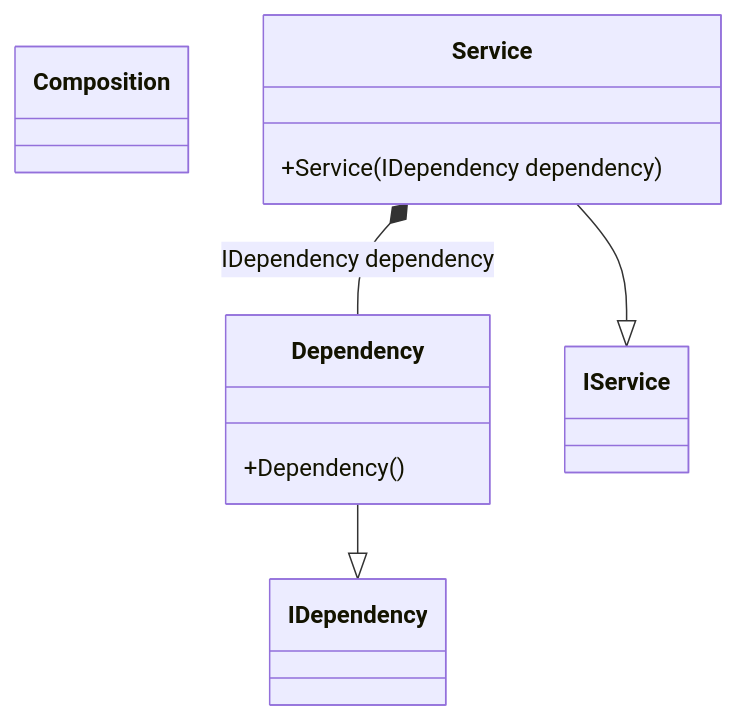
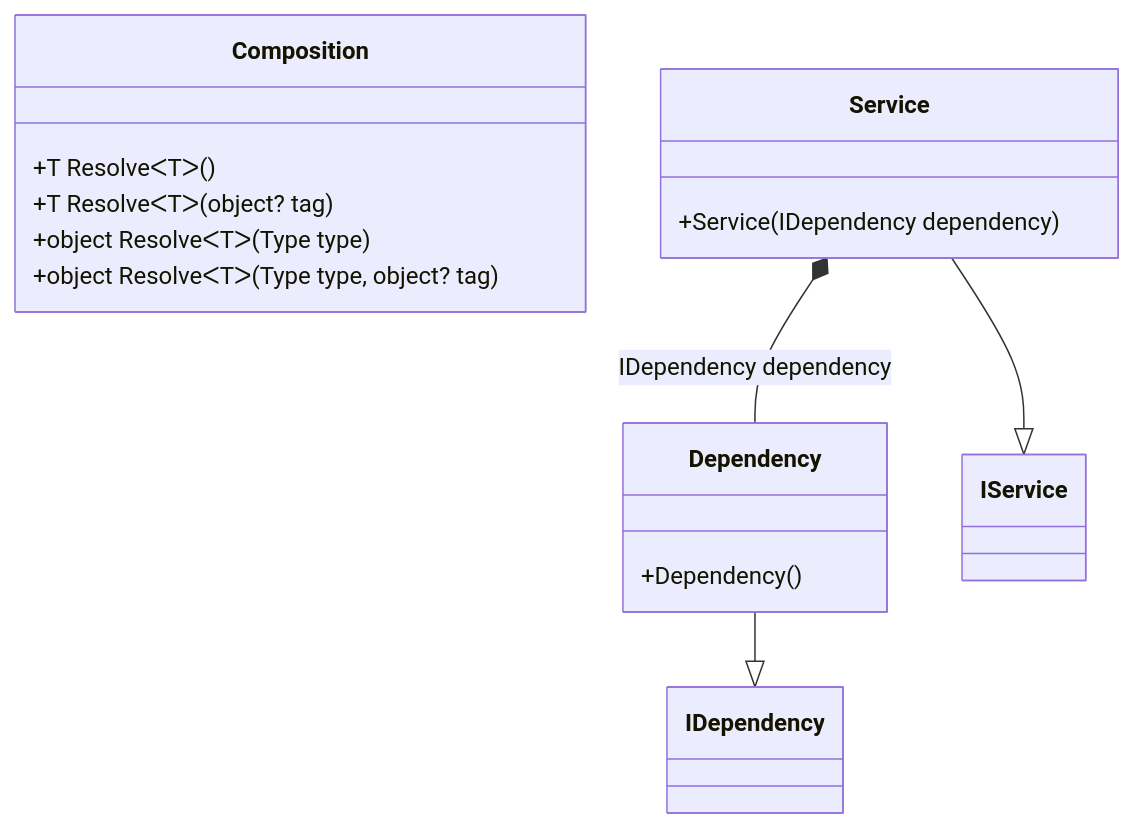
The second of 22 diagrams in readme/Examples.md (DevTeam/Pure.DI), drawn with Mermaid before and after one commit. The commit also changed other lines of this file and 3 other files, not shown here.

````diff
--- a/readme/Examples.md
+++ b/readme/Examples.md
@@ -87,13 +91,18 @@
 ```mermaid
 classDiagram
-class Composition
+class Composition {
++T ResolveᐸTᐳ()
++T ResolveᐸTᐳ(object? tag)
++object ResolveᐸTᐳ(Type type)
++object ResolveᐸTᐳ(Type type, object? tag)
+}
 Dependency --|> IDependency : 
 class Dependency {
 +Dependency()
 }
 Service --|> IService : 
 class Service {
 +Service(IDependency dependency)
 }
 Service *-- Dependency : IDependency dependency
 ```
````
